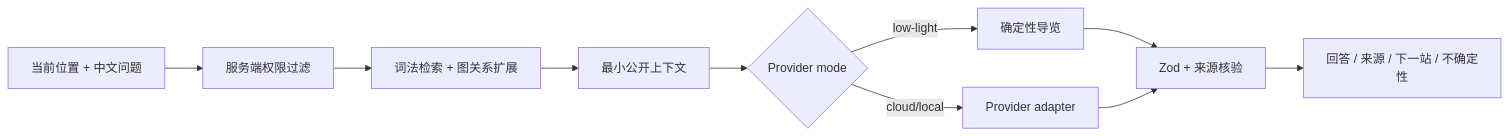
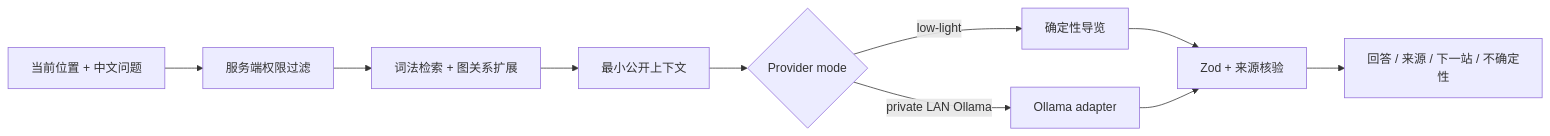
Before and after one commit to guyue55/World: the second of 2 diagrams in docs/03-engineering-architecture/worldos-living-world-architecture-data-contract-2026-07-11.md, drawn with Mermaid. The commit also changed other lines of this file and 13 other files, not shown here.

````diff
--- a/docs/03-engineering-architecture/worldos-living-world-architecture-data-contract-2026-07-11.md
+++ b/docs/03-engineering-architecture/worldos-living-world-architecture-data-contract-2026-07-11.md
@@ -643,12 +644,12 @@
 ```mermaid
 flowchart LR
   Q["当前位置 + 中文问题"] --> G["服务端权限过滤"]
   G --> R["词法检索 + 图关系扩展"]
   R --> C["最小公开上下文"]
   C --> M{"Provider mode"}
   M -->|low-light| D["确定性导览"]
-  M -->|cloud/local| P["Provider adapter"]
+  M -->|private LAN Ollama| P["Ollama adapter"]
   D --> Z["Zod + 来源核验"]
   P --> Z
   Z --> A["回答 / 来源 / 下一站 / 不确定性"]
 ```
````
